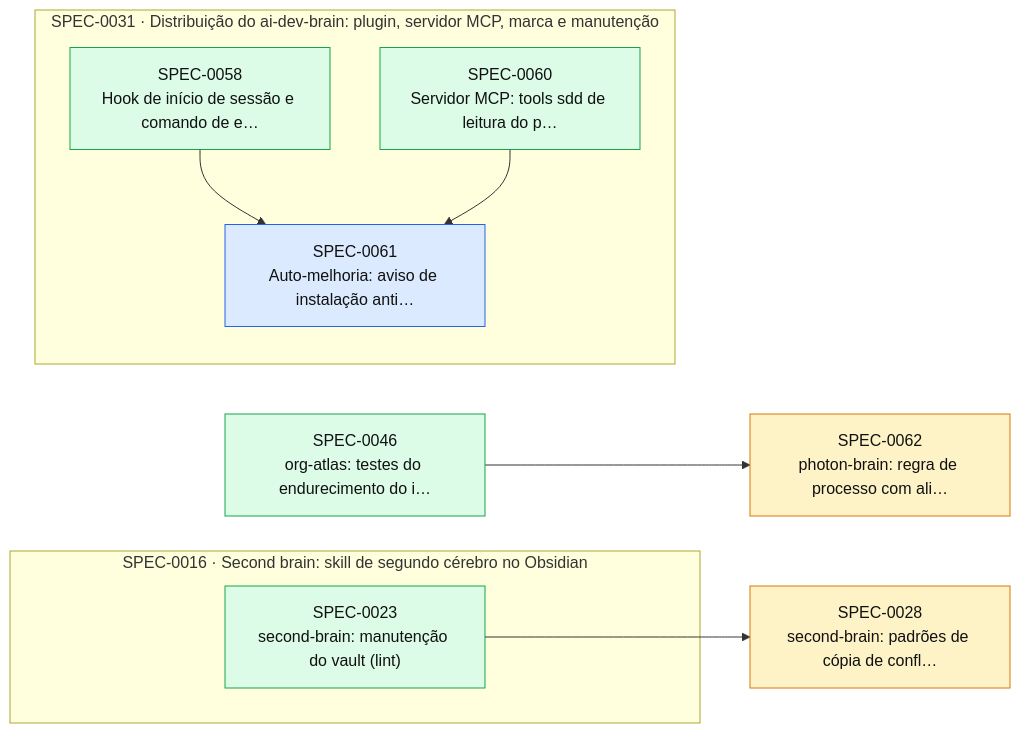
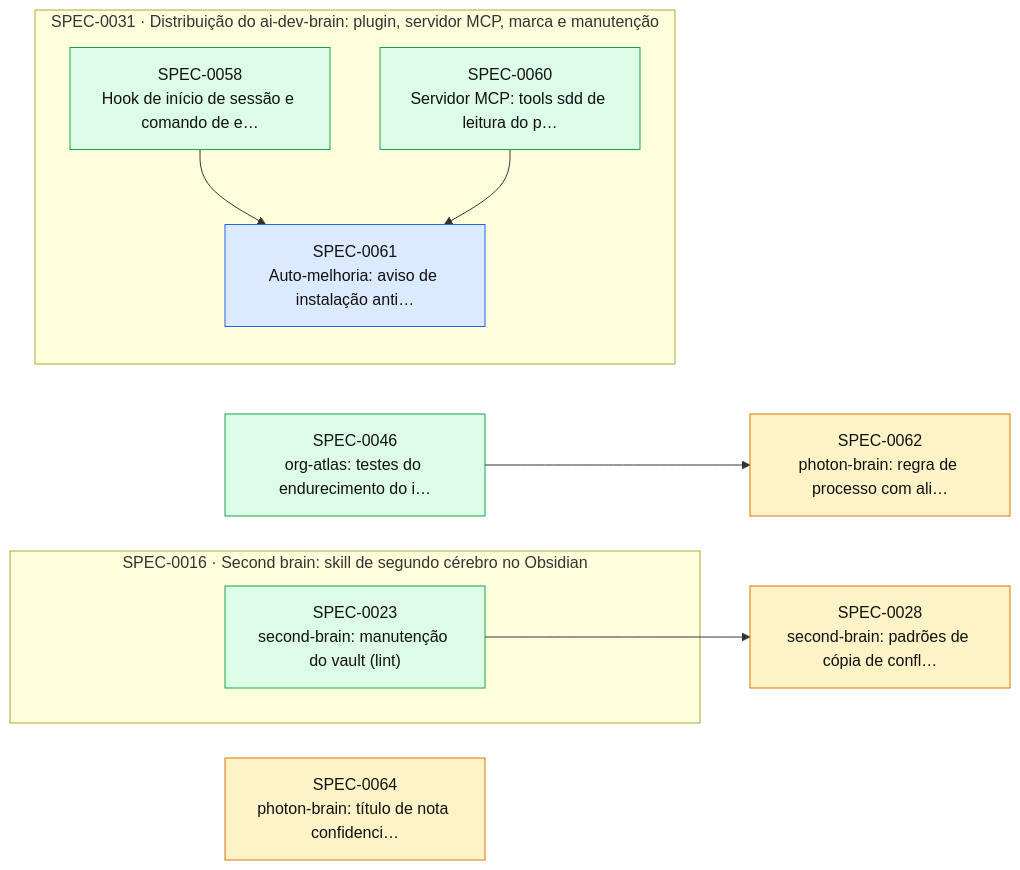
One commit to thomasravache/ai-dev-brain changed the diagram in docs/specs/INDEX.md. Above: the diagram before and after it, drawn with Mermaid. The commit also changed other lines of this file and 1 other file, not shown here.

First line of the commit message:
docs(specs): G0 da SPEC-0064

````diff
--- a/docs/specs/INDEX.md
+++ b/docs/specs/INDEX.md
@@ -50,23 +51,24 @@
 ```mermaid
 flowchart LR
   S0028["SPEC-0028<br/>second-brain: padrões de cópia de confl…"]:::proposed
   S0046["SPEC-0046<br/>org-atlas: testes do endurecimento do i…"]:::implemented
   S0062["SPEC-0062<br/>photon-brain: regra de processo com ali…"]:::proposed
+  S0064["SPEC-0064<br/>photon-brain: título de nota confidenci…"]:::proposed
   subgraph E0016["SPEC-0016 · Second brain: skill de segundo cérebro no Obsidian"]
     S0023["SPEC-0023<br/>second-brain: manutenção do vault (lint)"]:::implemented
   end
   subgraph E0031["SPEC-0031 · Distribuição do ai-dev-brain: plugin, servidor MCP, marca e manutenção"]
     S0058["SPEC-0058<br/>Hook de início de sessão e comando de e…"]:::implemented
     S0060["SPEC-0060<br/>Servidor MCP: tools sdd de leitura do p…"]:::implemented
     S0061["SPEC-0061<br/>Auto-melhoria: aviso de instalação anti…"]:::approved
   end
   S0023 --> S0028
   S0058 --> S0061
   S0060 --> S0061
   S0046 --> S0062
   classDef proposed fill:#fef3c7,stroke:#d97706,color:#111
   classDef approved fill:#dbeafe,stroke:#2563eb,color:#111
   classDef inprogress fill:#ede9fe,stroke:#7c3aed,color:#111
   classDef implemented fill:#dcfce7,stroke:#16a34a,color:#111
   classDef deprecated fill:#f3f4f6,stroke:#9ca3af,color:#6b7280
 ```
````
